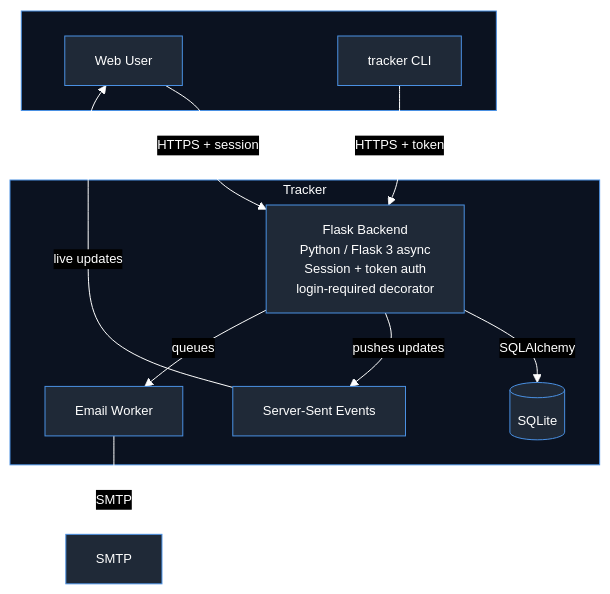
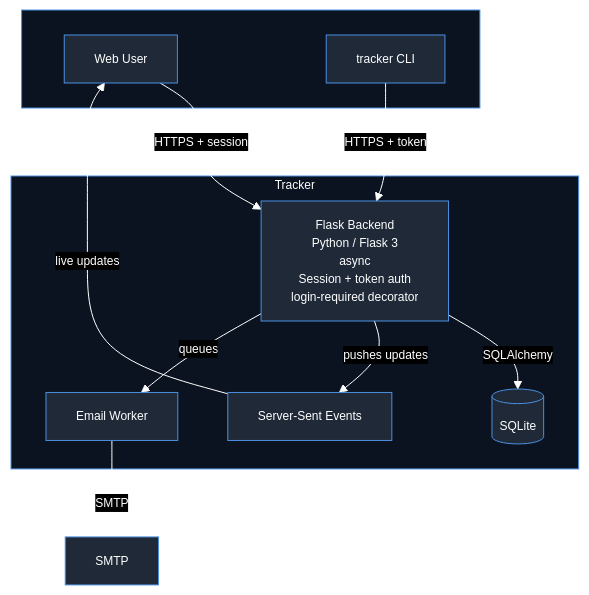
Before and after one commit to adam-scholey/adam-scholey.github.io: the diagram in diagrams/tracker.mmd, drawn with Mermaid. The commit also changed 3 other files, not shown here.

Commit message:
fix: improve mermaid diagram text wrapping and regenerate links

```diff
--- a/diagrams/tracker.mmd
+++ b/diagrams/tracker.mmd
@@ -1,23 +1,23 @@
-%%{init: {'theme':'base','themeVariables':{'darkMode':true,'background':'#0d1117','primaryColor':'#1f2937','primaryTextColor':'#ffffff','primaryBorderColor':'#4a90e2','secondaryColor':'#111827','secondaryTextColor':'#ffffff','secondaryBorderColor':'#4a90e2','tertiaryColor':'#0b1220','tertiaryTextColor':'#ffffff','tertiaryBorderColor':'#4a90e2','lineColor':'#ffffff','arrowheadColor':'#ffffff','textColor':'#ffffff','fontSize':'13px'}}}%%
+%%{init: {'theme':'base','themeVariables':{'darkMode':true,'background':'#0d1117','primaryColor':'#1f2937','primaryTextColor':'#ffffff','primaryBorderColor':'#4a90e2','secondaryColor':'#111827','secondaryTextColor':'#ffffff','secondaryBorderColor':'#4a90e2','tertiaryColor':'#0b1220','tertiaryTextColor':'#ffffff','tertiaryBorderColor':'#4a90e2','lineColor':'#ffffff','arrowheadColor':'#ffffff','textColor':'#ffffff','fontSize':'12px'}}}%%
 flowchart TB
     subgraph Client[" "]
         user[Web User]
         cli[tracker CLI]
     end
 
     subgraph Tracker["Tracker"]
-        flask[Flask Backend<br/>Python / Flask 3 async<br/>Session + token auth<br/>login-required decorator]
+        flask[Flask Backend<br/>Python / Flask 3<br/>async<br/>Session + token auth<br/>login-required decorator]
         db[(SQLite)]
         sse[Server-Sent Events]
         mail[Email Worker]
     end
 
     smtp[SMTP]
 
     user -->|HTTPS + session| flask
     cli -->|HTTPS + token| flask
     flask -->|SQLAlchemy| db
     flask -->|pushes updates| sse
     sse -->|live updates| user
     flask -->|queues| mail
     mail -->|SMTP| smtp
```
